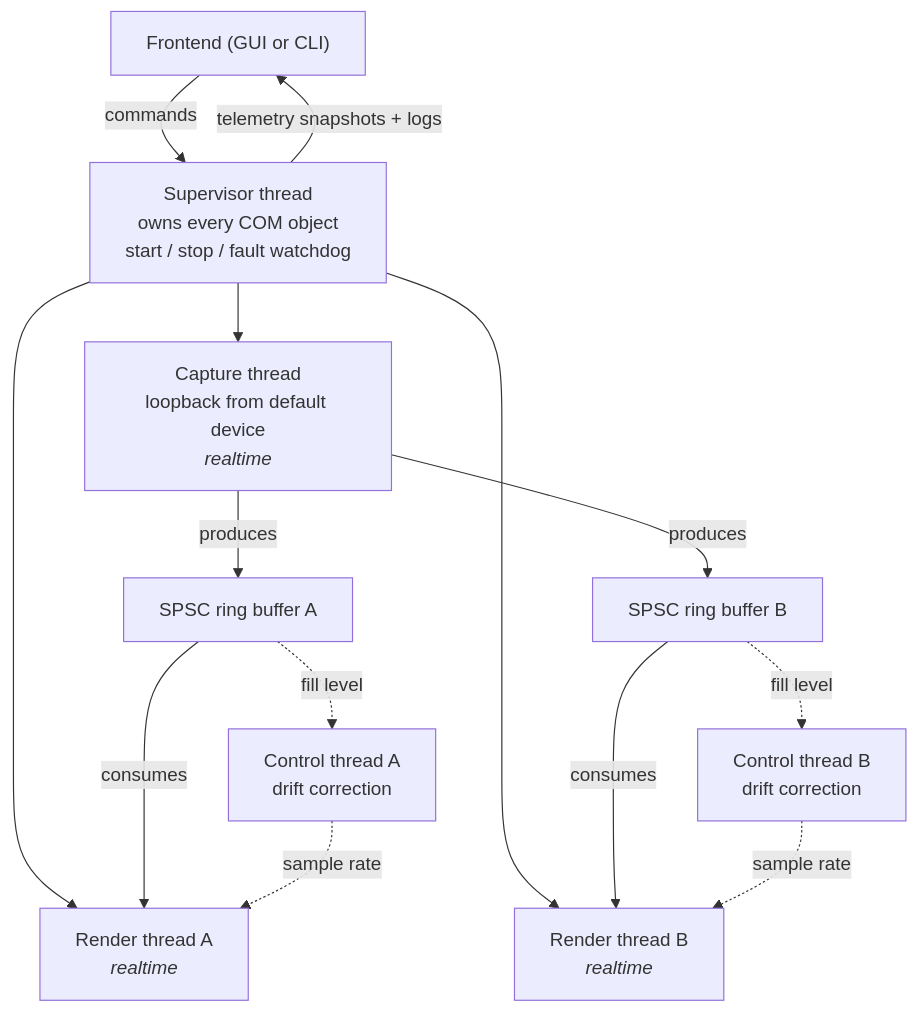
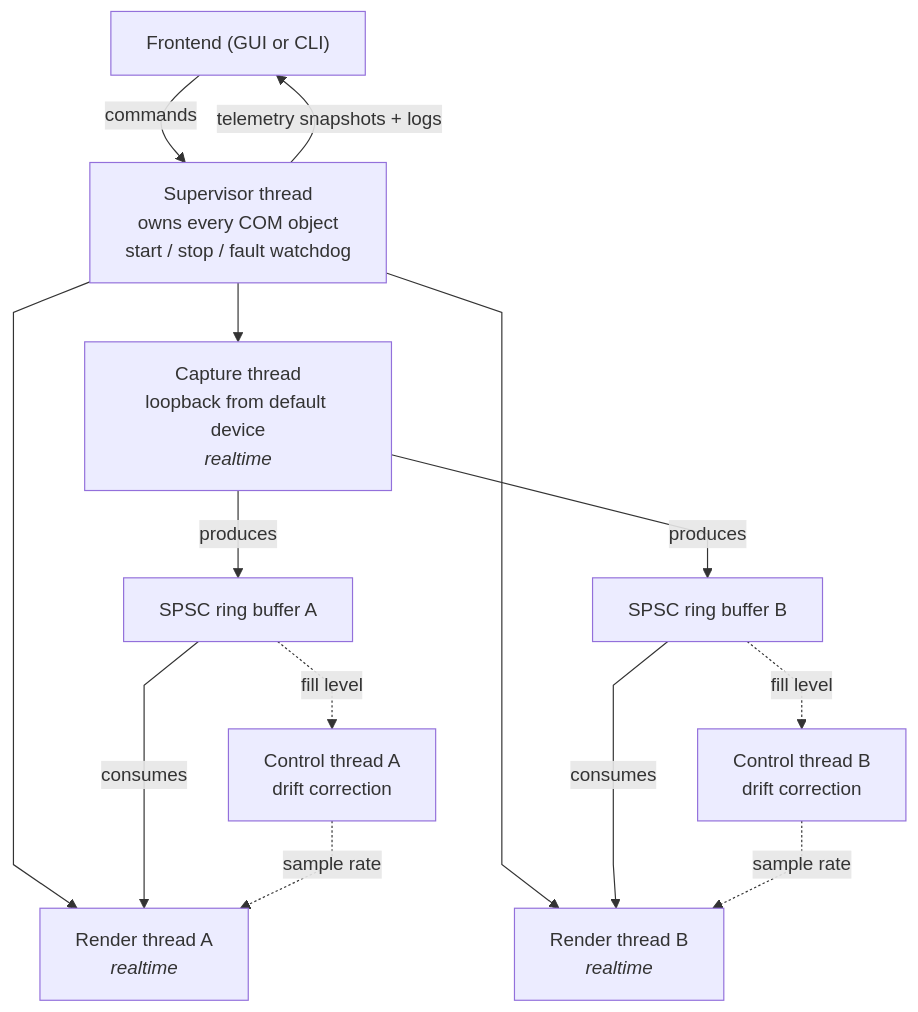
One commit to FulminataXII/MultiRoute changed the diagram in README.md. Above: the diagram before and after it, drawn with Mermaid. The commit also changed other lines of this file, not shown here.

````diff
--- a/README.md
+++ b/README.md
@@ -28,31 +27,33 @@
 ```mermaid
 flowchart TD
     UI["Frontend (GUI or CLI)"]
     SUP["Supervisor thread<br/>owns every COM object<br/>start / stop / fault watchdog"]
-
+ 
     UI -- "commands" --> SUP
     SUP -- "telemetry snapshots + logs" --> UI
-
+ 
     CAP["Capture thread<br/>loopback from default device<br/><i>realtime</i>"]
     SUP --> CAP
-
+ 
     RA["Render thread A<br/><i>realtime</i>"]
     RB["Render thread B<br/><i>realtime</i>"]
     SUP --> RA
     SUP --> RB
-
+ 
     RINGA["SPSC ring buffer A"]
     RINGB["SPSC ring buffer B"]
-
+ 
     CAP -- "produces" --> RINGA
     CAP -- "produces" --> RINGB
     RINGA -- "consumes" --> RA
     RINGB -- "consumes" --> RB
-
+ 
     CTLA["Control thread A<br/>drift correction"]
     CTLB["Control thread B<br/>drift correction"]
     RINGA -. "fill level" .-> CTLA
     RINGB -. "fill level" .-> CTLB
     CTLA -. "sample rate" .-> RA
     CTLB -. "sample rate" .-> RB
+ 
+    linkStyle 2,3,4,5,6,7,8,9,10,11,12 interpolate linear
 ```
````
